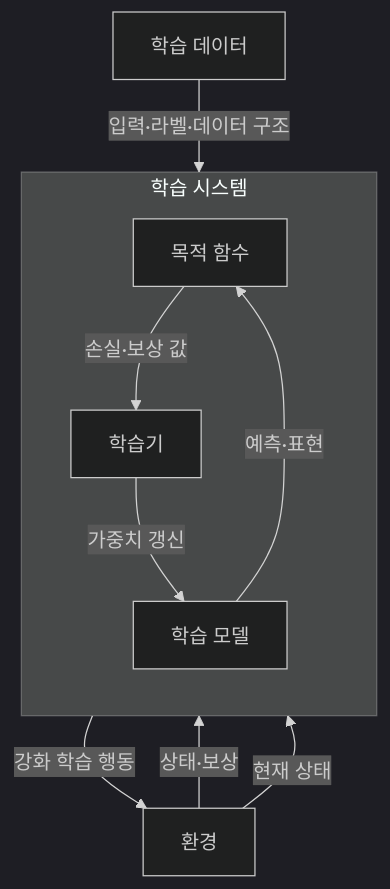
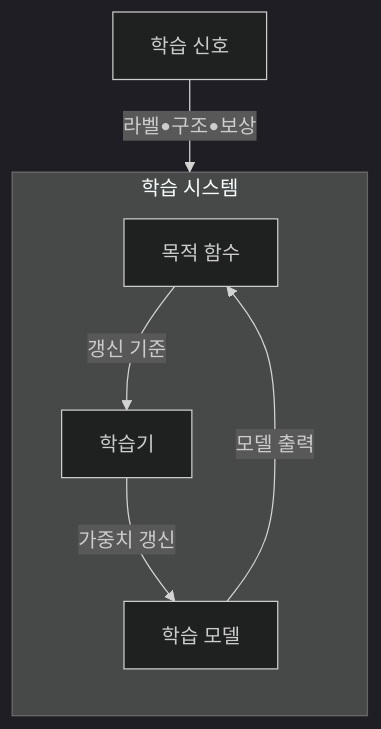
Before and after one commit to agnusdei1207/knowledge-base: the first of 2 diagrams in src/content/docs/notes/01-basic-theory/048_learning_paradigms.md, drawn with Mermaid (dark theme). The commit also changed other lines of this file, not shown here.

````diff
--- a/src/content/docs/notes/01-basic-theory/048_learning_paradigms.md
+++ b/src/content/docs/notes/01-basic-theory/048_learning_paradigms.md
@@ -63,18 +59,14 @@
 ```mermaid
 flowchart TB
-    D[학습 데이터]
-    E[환경]
+    S[학습 신호]
     subgraph L[학습 시스템]
         direction TB
         O[목적 함수]
         T[학습기]
         M[학습 모델]
-        O -->|손실·보상 값| T
+        O -->|갱신 기준| T
         T -->|가중치 갱신| M
     end
-    D -->|입력·라벨·데이터 구조| O
-    E -->|상태·보상| O
-    E -->|현재 상태| M
-    M -->|예측·표현| O
-    M -->|강화 학습 행동| E
+    S -->|라벨•구조•보상| O
+    M -->|모델 출력| O
 ```
````
